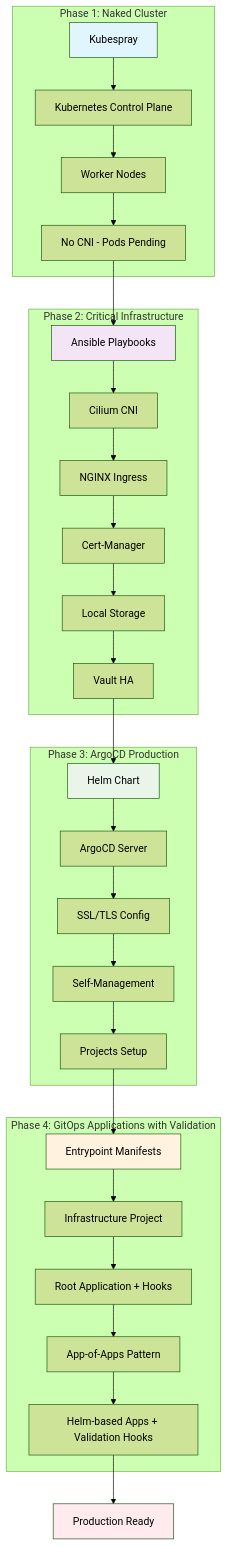
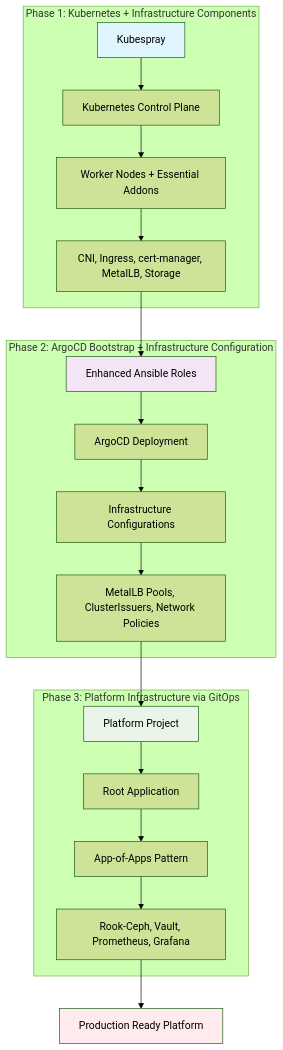
Before and after one commit to pnow-devsupreme/pn-infra: the first of 8 diagrams in v0.2.0/README.md, drawn with Mermaid (forest theme). The commit also changed other lines of this file and 99 other files, not shown here.

First line of the commit message:
feat(platform): implement template-driven deployment system

````diff
--- a/v0.2.0/README.md
+++ b/v0.2.0/README.md
@@ -14,41 +11,29 @@
 ```mermaid
 graph TB
-    subgraph "Phase 1: Naked Cluster"
+    subgraph "Phase 1: Kubernetes + Infrastructure Components"
         A[Kubespray] --> B[Kubernetes Control Plane]
-        B --> C[Worker Nodes]
-        C --> D[No CNI - Pods Pending]
+        B --> C[Worker Nodes + Essential Addons]
+        C --> D[CNI, Ingress, cert-manager, MetalLB, Storage]
     end
     
-    subgraph "Phase 2: Critical Infrastructure"
-        E[Ansible Playbooks] --> F[Cilium CNI]
-        F --> G[NGINX Ingress]
-        G --> H[Cert-Manager]
-        H --> I[Local Storage]
-        I --> J[Vault HA]
+    subgraph "Phase 2: ArgoCD Bootstrap + Infrastructure Configuration"
+        E[Enhanced Ansible Roles] --> F[ArgoCD Deployment]
+        F --> G[Infrastructure Configurations]
+        G --> H[MetalLB Pools, ClusterIssuers, Network Policies]
     end
     
-    subgraph "Phase 3: ArgoCD Production"
-        K[Helm Chart] --> L[ArgoCD Server]
-        L --> M[SSL/TLS Config]
-        M --> N[Self-Management]
-        N --> O[Projects Setup]
-    end
-    
-    subgraph "Phase 4: GitOps Applications with Validation"
-        P[Entrypoint Manifests] --> Q[Infrastructure Project]
-        Q --> R[Root Application + Hooks]
-        R --> S[App-of-Apps Pattern]
-        S --> T[Helm-based Apps + Validation Hooks]
+    subgraph "Phase 3: Platform Infrastructure via GitOps"
+        I[Platform Project] --> J[Root Application]
+        J --> K[App-of-Apps Pattern]
+        K --> L[Rook-Ceph, Vault, Prometheus, Grafana]
     end
     
     D --> E
-    J --> K
-    O --> P
-    T --> U[Production Ready]
+    H --> I
+    L --> M[Production Ready Platform]
     
     style A fill:#e1f5fe
     style E fill:#f3e5f5
-    style K fill:#e8f5e8
-    style P fill:#fff3e0
-    style U fill:#ffebee
+    style I fill:#e8f5e8
+    style M fill:#ffebee
 ```
````
